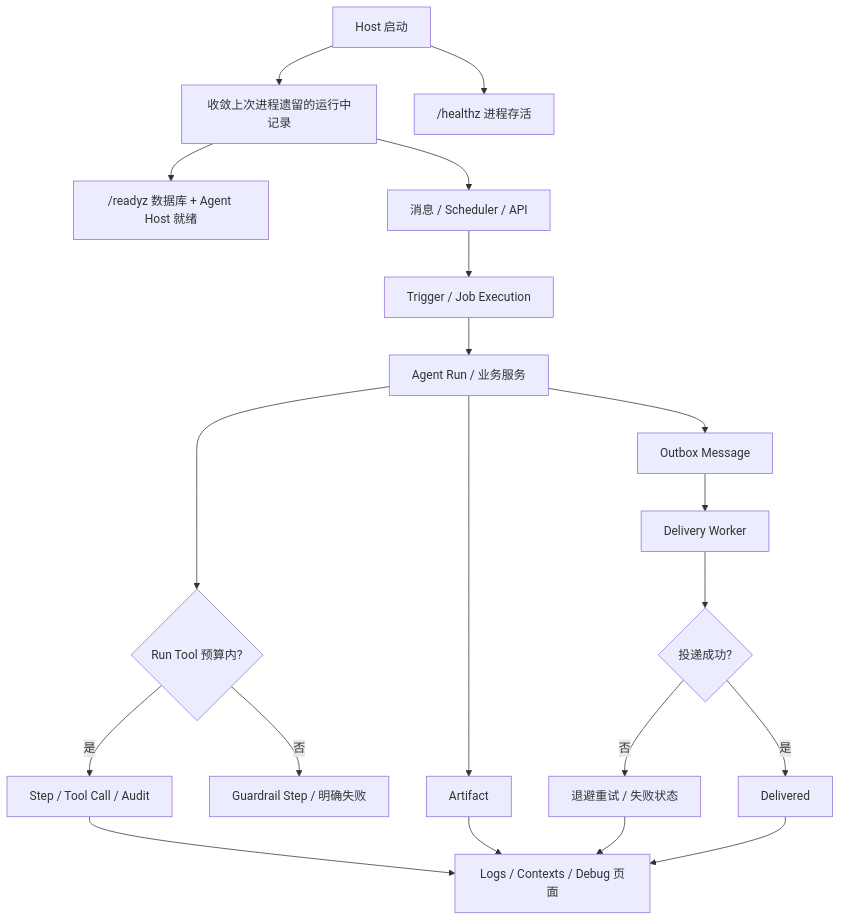
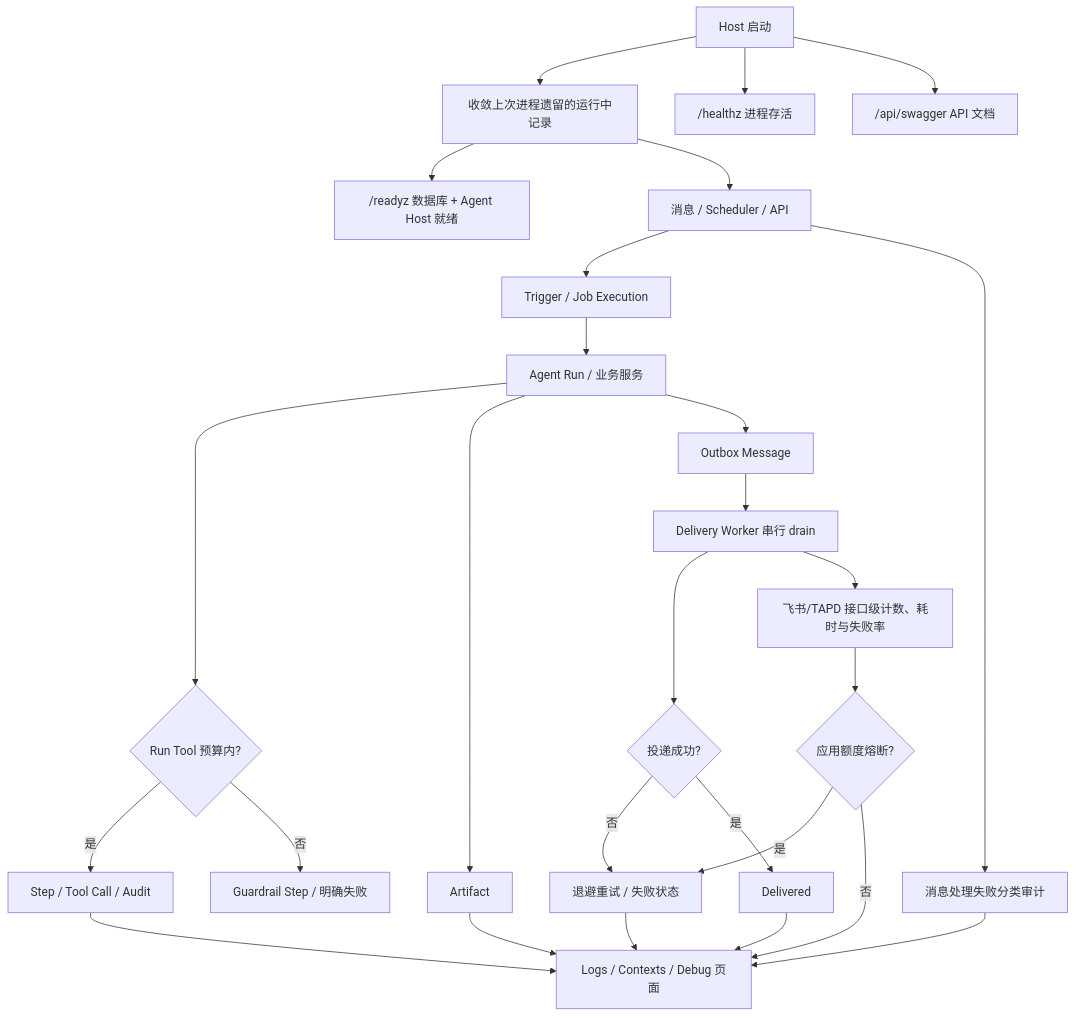
One commit to KlayPeter/AI-Delivery-Ops-Agent changed the diagram in backend/src/platform/runtime/FEATURE.md. Above: the diagram before and after it, drawn with Mermaid. The commit also changed other lines of this file and 80 other files, not shown here.

````diff
--- a/backend/src/platform/runtime/FEATURE.md
+++ b/backend/src/platform/runtime/FEATURE.md
@@ -21,22 +21,29 @@
 ```mermaid
 flowchart TD
     R["Host 启动"] --> S["收敛上次进程遗留的运行中记录"]
     R --> Q["/healthz 进程存活"]
+    R --> OAPI["/api/swagger API 文档"]
     S --> Z["/readyz 数据库 + Agent Host 就绪"]
     S --> A["消息 / Scheduler / API"]
     A --> B["Trigger / Job Execution"]
     B --> C["Agent Run / 业务服务"]
     C --> L{"Run Tool 预算内?"}
     L -- 是 --> D["Step / Tool Call / Audit"]
     L -- 否 --> M["Guardrail Step / 明确失败"]
     C --> E["Artifact"]
     C --> F["Outbox Message"]
-    F --> G["Delivery Worker"]
+    F --> G["Delivery Worker 串行 drain"]
     G --> H{"投递成功?"}
     H -- 否 --> I["退避重试 / 失败状态"]
     H -- 是 --> J["Delivered"]
     D --> K["Logs / Contexts / Debug 页面"]
+    A --> X["消息处理失败分类审计"]
+    X --> K
     E --> K
     I --> K
     J --> K
+    G --> Y["飞书/TAPD 接口级计数、耗时与失败率"]
+    Y --> Z1{"应用额度熔断?"}
+    Z1 -- "是" --> I
+    Z1 -- "否" --> K
 ```
````
